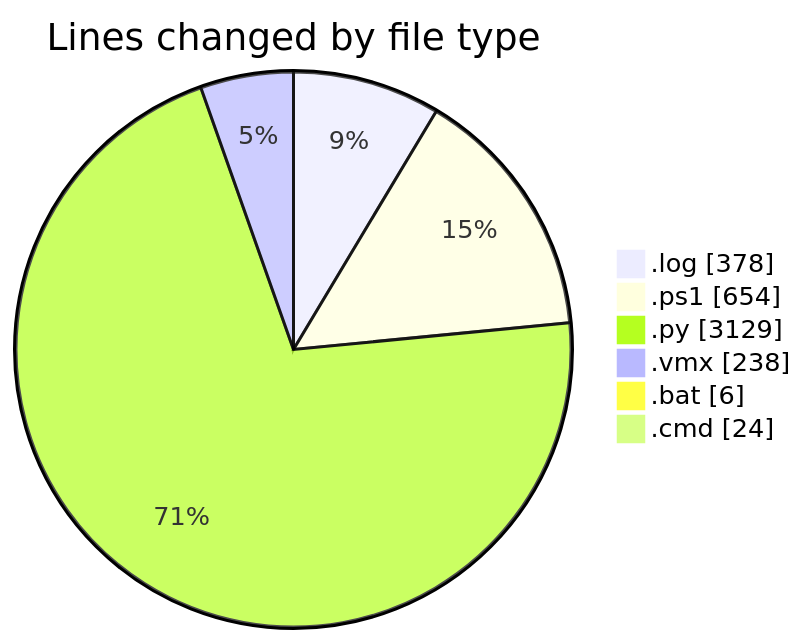
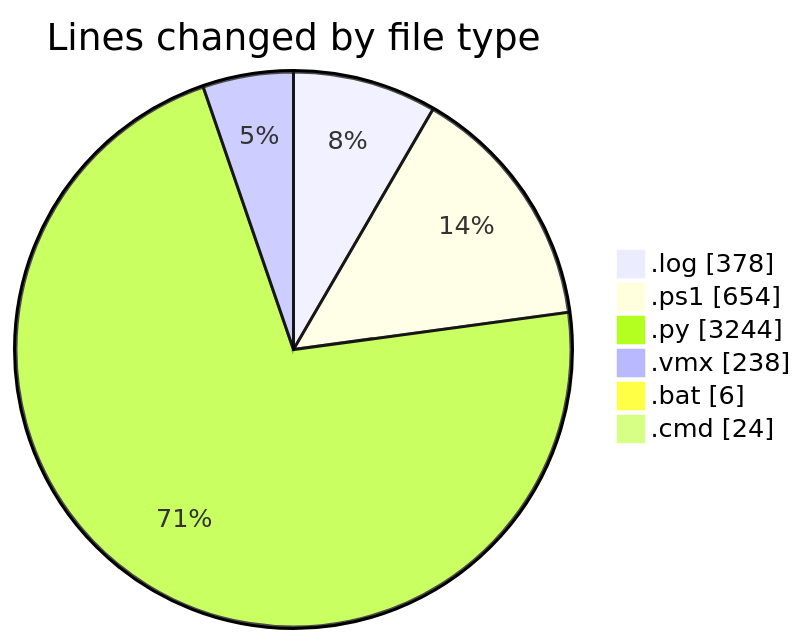
Before and after one commit to shibass792/code-tracking: the first of 2 diagrams in 2026-07-08/twenty_versions_aminor/README.md, drawn with Mermaid. The commit also changed other lines of this file and 1 other file, not shown here.

````diff
--- a/2026-07-08/twenty_versions_aminor/README.md
+++ b/2026-07-08/twenty_versions_aminor/README.md
@@ -34,10 +35,10 @@
 ```mermaid
 pie showData
 title Lines changed by file type
 ".log" : 378
 ".ps1" : 654
-".py" : 3129
+".py" : 3244
 ".vmx" : 238
 ".bat" : 6
 ".cmd" : 24
 ```
````
